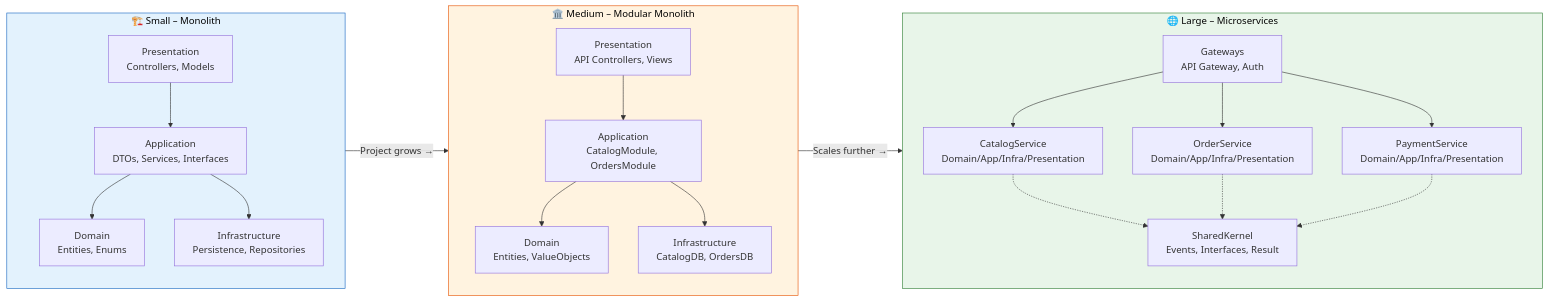
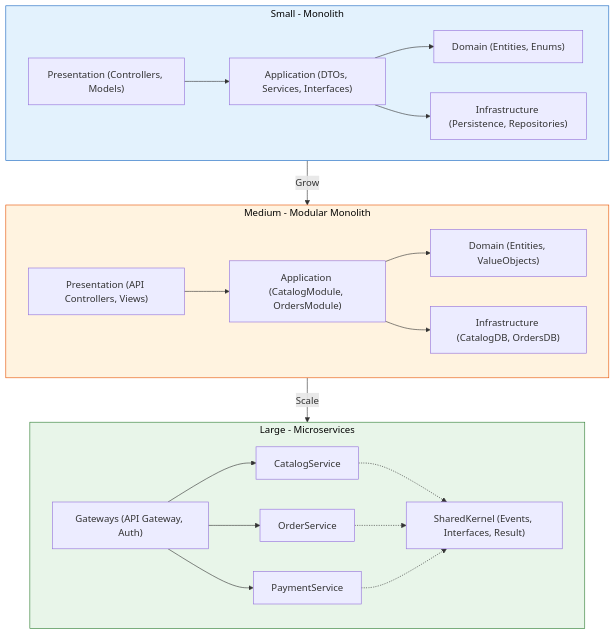
The diagram in ZMA.Small.Template/src/Readme.md (zohaib-khan-786/ZK-Hybrid-Architecture), drawn with Mermaid before and after one commit.

Commit message:
Fix Mermaid diagram syntax for GitHub compatibility

````diff
--- a/ZMA.Small.Template/src/Readme.md
+++ b/ZMA.Small.Template/src/Readme.md
@@ -17,45 +17,43 @@
 ```mermaid
-flowchart LR
-  subgraph Small["🏗️ Small – Monolith"]
-    direction TB
-    S_P["Presentation<br/>Controllers, Models"]
-    S_A["Application<br/>DTOs, Services, Interfaces"]
-    S_D["Domain<br/>Entities, Enums"]
-    S_I["Infrastructure<br/>Persistence, Repositories"]
-    S_P --> S_A --> S_D
+graph TB
+  subgraph Small["Small - Monolith"]
+    S_P["Presentation (Controllers, Models)"]
+    S_A["Application (DTOs, Services, Interfaces)"]
+    S_D["Domain (Entities, Enums)"]
+    S_I["Infrastructure (Persistence, Repositories)"]
+    S_P --> S_A
+    S_A --> S_D
     S_A --> S_I
   end
 
-  Small -->|"Project grows →"| Medium
-
-  subgraph Medium["🏛️ Medium – Modular Monolith"]
-    direction TB
-    M_P["Presentation<br/>API Controllers, Views"]
-    M_AC["Application<br/>CatalogModule, OrdersModule"]
-    M_D["Domain<br/>Entities, ValueObjects"]
-    M_I["Infrastructure<br/>CatalogDB, OrdersDB"]
-    M_P --> M_AC --> M_D
+  subgraph Medium["Medium - Modular Monolith"]
+    M_P["Presentation (API Controllers, Views)"]
+    M_AC["Application (CatalogModule, OrdersModule)"]
+    M_D["Domain (Entities, ValueObjects)"]
+    M_I["Infrastructure (CatalogDB, OrdersDB)"]
+    M_P --> M_AC
+    M_AC --> M_D
     M_AC --> M_I
   end
 
-  Medium -->|"Scales further →"| Large
-
-  subgraph Large["🌐 Large – Microservices"]
-    direction TB
-    L_GW["Gateways<br/>API Gateway, Auth"]
-    L_CS["CatalogService<br/>Domain/App/Infra/Presentation"]
-    L_OS["OrderService<br/>Domain/App/Infra/Presentation"]
-    L_PS["PaymentService<br/>Domain/App/Infra/Presentation"]
-    L_SK["SharedKernel<br/>Events, Interfaces, Result"]
+  subgraph Large["Large - Microservices"]
+    L_GW["Gateways (API Gateway, Auth)"]
+    L_CS["CatalogService"]
+    L_OS["OrderService"]
+    L_PS["PaymentService"]
+    L_SK["SharedKernel (Events, Interfaces, Result)"]
     L_GW --> L_CS
     L_GW --> L_OS
     L_GW --> L_PS
     L_CS -.-> L_SK
     L_OS -.-> L_SK
     L_PS -.-> L_SK
   end
 
+  Small -->|Grow| Medium
+  Medium -->|Scale| Large
+
   style Small fill:#e3f2fd,stroke:#1565c0,color:#000
   style Medium fill:#fff3e0,stroke:#e65100,color:#000
   style Large fill:#e8f5e9,stroke:#2e7d32,color:#000
 ```
````
